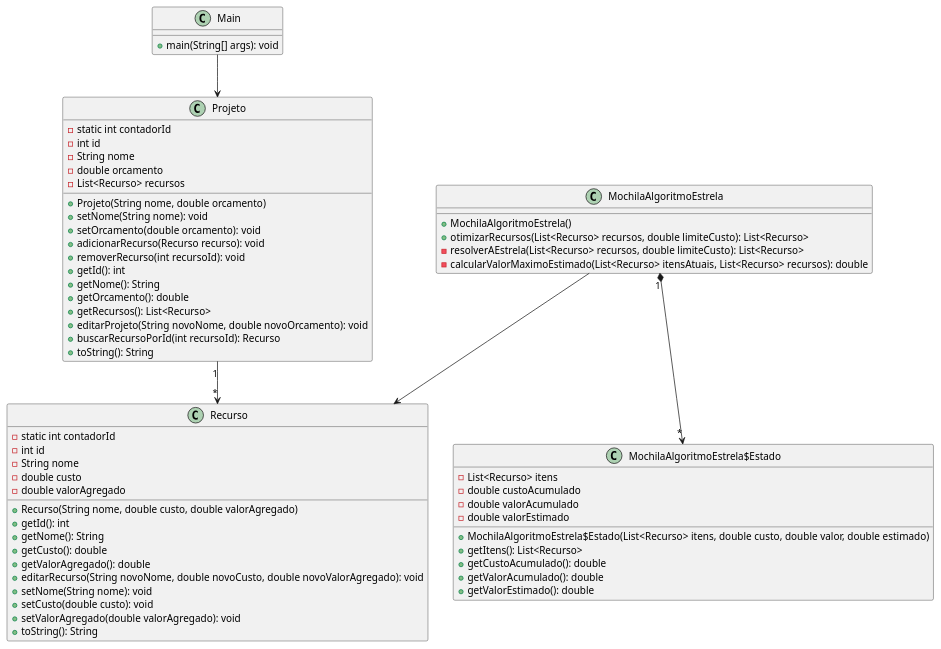
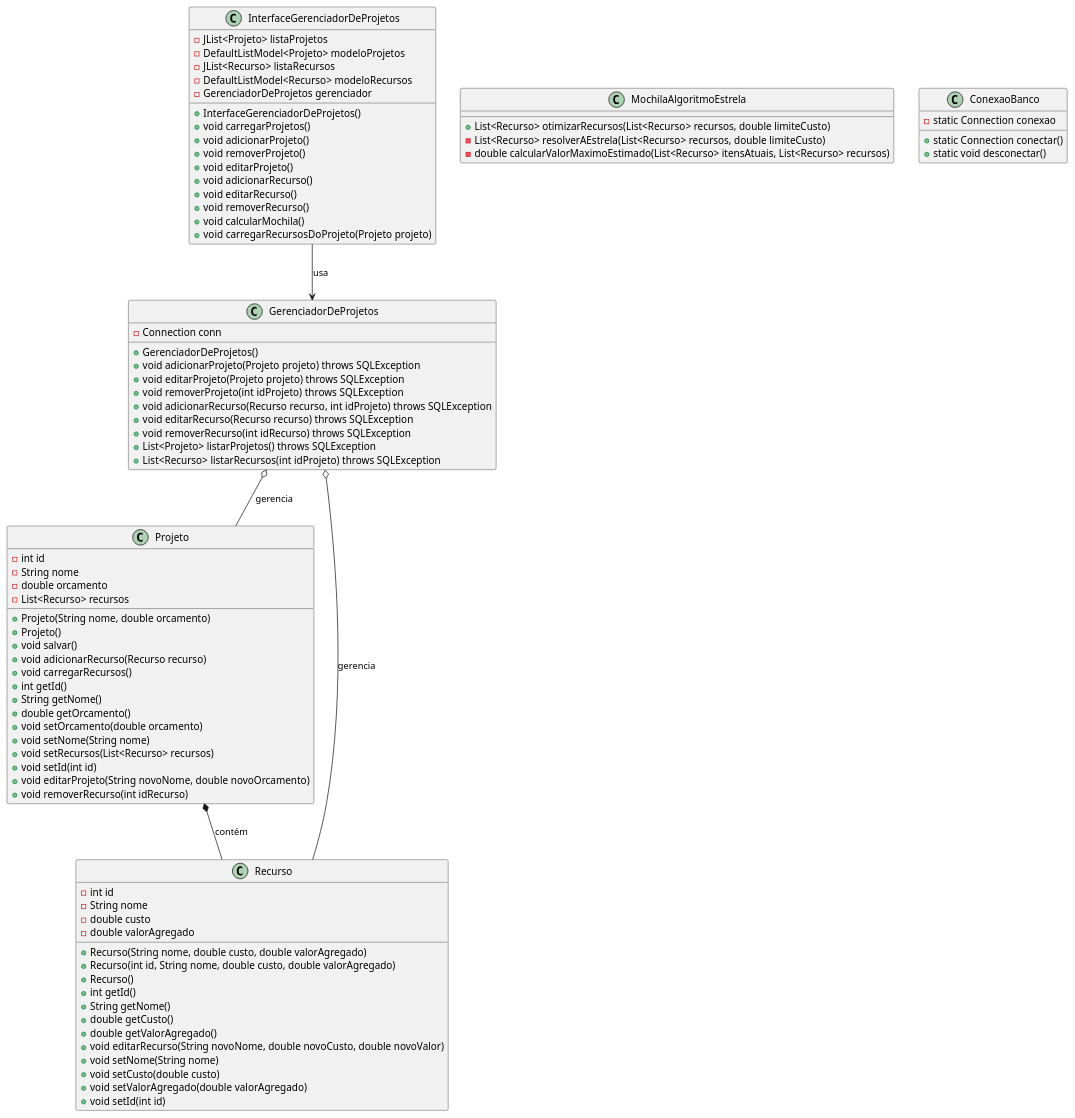
One commit to Davi-Felicio/JavaMochila changed the diagram in Plant UML.puml. Above: the diagram before and after it, drawn with PlantUML. The commit also changed 5 other files, not shown here.

```diff
--- a/Plant UML.puml
+++ b/Plant UML.puml
@@ -1,69 +1,91 @@
 @startuml
 
-class Main {
-    + main(String[] args): void
+class InterfaceGerenciadorDeProjetos {
+    - JList<Projeto> listaProjetos
+    - DefaultListModel<Projeto> modeloProjetos
+    - JList<Recurso> listaRecursos
+    - DefaultListModel<Recurso> modeloRecursos
+    - GerenciadorDeProjetos gerenciador
+    + InterfaceGerenciadorDeProjetos()
+    + void carregarProjetos()
+    + void adicionarProjeto()
+    + void removerProjeto()
+    + void editarProjeto()
+    + void adicionarRecurso()
+    + void editarRecurso()
+    + void removerRecurso()
+    + void calcularMochila()
+    + void carregarRecursosDoProjeto(Projeto projeto)
+}
+
+class MochilaAlgoritmoEstrela {
+    + List<Recurso> otimizarRecursos(List<Recurso> recursos, double limiteCusto)
+    - List<Recurso> resolverAEstrela(List<Recurso> recursos, double limiteCusto)
+    - double calcularValorMaximoEstimado(List<Recurso> itensAtuais, List<Recurso> recursos)
 }
 
 class Projeto {
-    - static int contadorId
     - int id
     - String nome
     - double orcamento
     - List<Recurso> recursos
     + Projeto(String nome, double orcamento)
-    + setNome(String nome): void
-    + setOrcamento(double orcamento): void
-    + adicionarRecurso(Recurso recurso): void
-    + removerRecurso(int recursoId): void
-    + getId(): int
-    + getNome(): String
-    + getOrcamento(): double
-    + getRecursos(): List<Recurso>
-    + editarProjeto(String novoNome, double novoOrcamento): void
-    + buscarRecursoPorId(int recursoId): Recurso
-    + toString(): String
+    + Projeto()
+    + void salvar()
+    + void adicionarRecurso(Recurso recurso)
+    + void carregarRecursos()
+    + int getId()
+    + String getNome()
+    + double getOrcamento()
+    + void setOrcamento(double orcamento)
+    + void setNome(String nome)
+    + void setRecursos(List<Recurso> recursos)
+    + void setId(int id)
+    + void editarProjeto(String novoNome, double novoOrcamento)
+    + void removerRecurso(int idRecurso)
 }
 
 class Recurso {
-    - static int contadorId
     - int id
     - String nome
     - double custo
     - double valorAgregado
     + Recurso(String nome, double custo, double valorAgregado)
-    + getId(): int
-    + getNome(): String
-    + getCusto(): double
-    + getValorAgregado(): double
-    + editarRecurso(String novoNome, double novoCusto, double novoValorAgregado): void
-    + setNome(String nome): void
-    + setCusto(double custo): void
-    + setValorAgregado(double valorAgregado): void
-    + toString(): String
+    + Recurso(int id, String nome, double custo, double valorAgregado)
+    + Recurso()
+    + int getId()
+    + String getNome()
+    + double getCusto()
+    + double getValorAgregado()
+    + void editarRecurso(String novoNome, double novoCusto, double novoValor)
+    + void setNome(String nome)
+    + void setCusto(double custo)
+    + void setValorAgregado(double valorAgregado)
+    + void setId(int id)
 }
 
-class MochilaAlgoritmoEstrela {
-    + MochilaAlgoritmoEstrela()
-    + otimizarRecursos(List<Recurso> recursos, double limiteCusto): List<Recurso>
-    - resolverAEstrela(List<Recurso> recursos, double limiteCusto): List<Recurso>
-    - calcularValorMaximoEstimado(List<Recurso> itensAtuais, List<Recurso> recursos): double
+class GerenciadorDeProjetos {
+    - Connection conn
+    + GerenciadorDeProjetos()
+    + void adicionarProjeto(Projeto projeto) throws SQLException
+    + void editarProjeto(Projeto projeto) throws SQLException
+    + void removerProjeto(int idProjeto) throws SQLException
+    + void adicionarRecurso(Recurso recurso, int idProjeto) throws SQLException
+    + void editarRecurso(Recurso recurso) throws SQLException
+    + void removerRecurso(int idRecurso) throws SQLException
+    + List<Projeto> listarProjetos() throws SQLException
+    + List<Recurso> listarRecursos(int idProjeto) throws SQLException
 }
 
-class MochilaAlgoritmoEstrela$Estado {
-    - List<Recurso> itens
-    - double custoAcumulado
-    - double valorAcumulado
-    - double valorEstimado
-    + MochilaAlgoritmoEstrela$Estado(List<Recurso> itens, double custo, double valor, double estimado)
-    + getItens(): List<Recurso>
-    + getCustoAcumulado(): double
-    + getValorAcumulado(): double
-    + getValorEstimado(): double
+class ConexaoBanco {
+    - static Connection conexao
+    + static Connection conectar()
+    + static void desconectar()
 }
 
-Main --> Projeto
-Projeto "1" --> "*" Recurso
-MochilaAlgoritmoEstrela --> Recurso
-MochilaAlgoritmoEstrela "1" *--> "*" MochilaAlgoritmoEstrela$Estado
+InterfaceGerenciadorDeProjetos --> GerenciadorDeProjetos : usa
+GerenciadorDeProjetos o-- Projeto : gerencia
+GerenciadorDeProjetos o-- Recurso : gerencia
+Projeto *-- Recurso : contém
 
 @enduml
```
